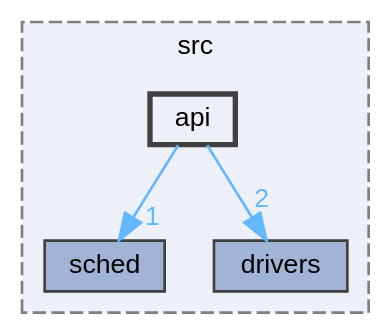
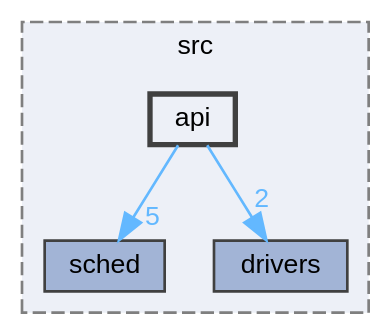
The diagram in dir_18ac01a18bb8b208f27c88345941c779_dep.dot (Ghaadyy/elevator-controller), drawn with Graphviz before and after one commit. The commit also changed 651 other files, not shown here.

```diff
--- a/dir_18ac01a18bb8b208f27c88345941c779_dep.dot
+++ b/dir_18ac01a18bb8b208f27c88345941c779_dep.dot
@@ -1,16 +1,16 @@
 digraph "firmware/src/api"
 {
  // LATEX_PDF_SIZE
   bgcolor="transparent";
   edge [fontname=Helvetica,fontsize=10,labelfontname=Helvetica,labelfontsize=10];
   node [fontname=Helvetica,fontsize=10,shape=box,height=0.2,width=0.4];
   compound=true
   subgraph clusterdir_c898ccd6027d5da3247aa855d21ca2cf {
     graph [ bgcolor="#edf0f7", pencolor="grey50", label="src", fontname=Helvetica,fontsize=10 style="filled,dashed", URL="dir_c898ccd6027d5da3247aa855d21ca2cf.html",tooltip=""]
   dir_7823007820cfe4d1a4ad04f11c50e251 [label="sched", fillcolor="#a2b4d6", color="grey25", style="filled", URL="dir_7823007820cfe4d1a4ad04f11c50e251.html",tooltip=""];
   dir_e200633b3c29dcc6afc0356839fb5e29 [label="drivers", fillcolor="#a2b4d6", color="grey25", style="filled", URL="dir_e200633b3c29dcc6afc0356839fb5e29.html",tooltip=""];
   dir_18ac01a18bb8b208f27c88345941c779 [label="api", fillcolor="#edf0f7", color="grey25", style="filled,bold", URL="dir_18ac01a18bb8b208f27c88345941c779.html",tooltip=""];
   }
-  dir_18ac01a18bb8b208f27c88345941c779->dir_7823007820cfe4d1a4ad04f11c50e251 [headlabel="1", labeldistance=1.5 headhref="dir_000000_000003.html" href="dir_000000_000003.html" color="steelblue1" fontcolor="steelblue1"];
+  dir_18ac01a18bb8b208f27c88345941c779->dir_7823007820cfe4d1a4ad04f11c50e251 [headlabel="5", labeldistance=1.5 headhref="dir_000000_000003.html" href="dir_000000_000003.html" color="steelblue1" fontcolor="steelblue1"];
   dir_18ac01a18bb8b208f27c88345941c779->dir_e200633b3c29dcc6afc0356839fb5e29 [headlabel="2", labeldistance=1.5 headhref="dir_000000_000001.html" href="dir_000000_000001.html" color="steelblue1" fontcolor="steelblue1"];
 }
```
